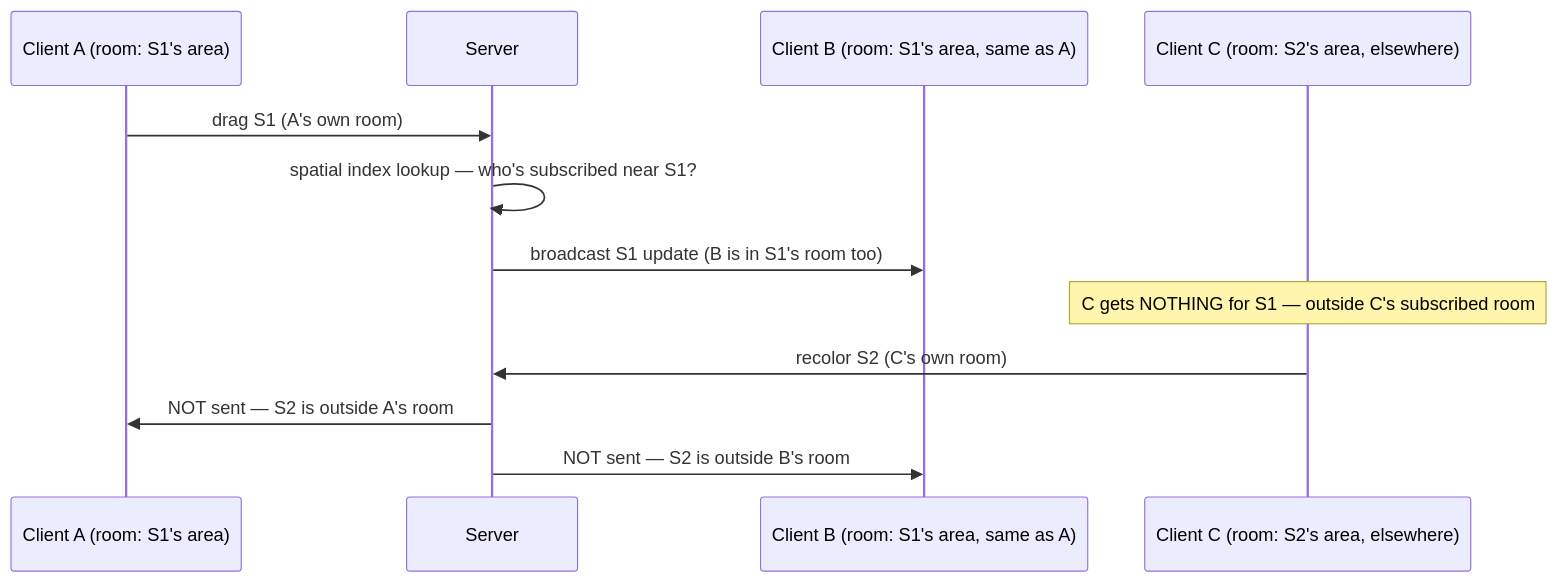
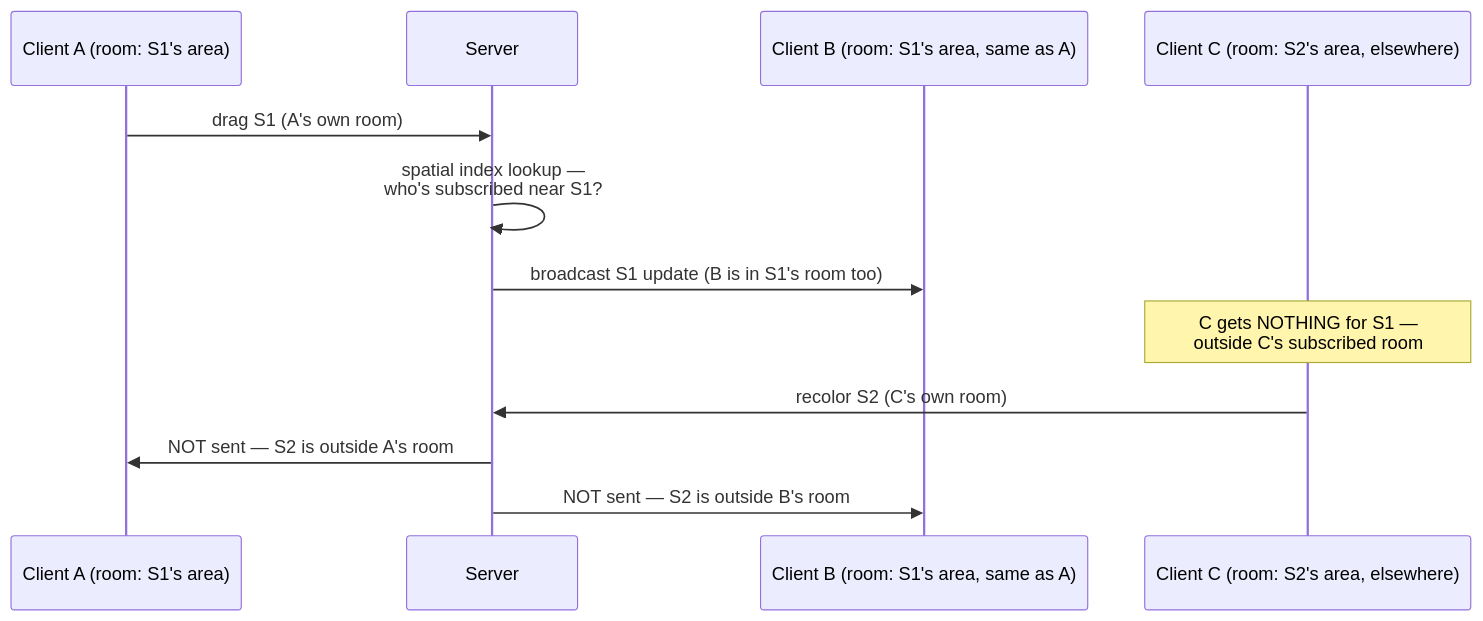
One commit to riyaz-pasha/Learnings changed the third of 14 diagrams in system-design/HLD/0-course/55-Design-a-Real-Time-Collaborative-Canvas-Figma-FAANG-Guide-story.md. Above: the diagram before and after it, drawn with Mermaid. The commit also changed other lines of this file and 1 other file, not shown here.

Commit message:
[REWRITE] Real-Time Collaborative Canvas Figma story guide: simplify prose, add structure, fix diagrams

````diff
--- a/system-design/HLD/0-course/55-Design-a-Real-Time-Collaborative-Canvas-Figma-FAANG-Guide-story.md
+++ b/system-design/HLD/0-course/55-Design-a-Real-Time-Collaborative-Canvas-Figma-FAANG-Guide-story.md
@@ -62,15 +153,15 @@
 ```mermaid
 sequenceDiagram
     participant A as Client A (room: S1's area)
     participant Server
     participant B as Client B (room: S1's area, same as A)
     participant C as Client C (room: S2's area, elsewhere)
 
     A->>Server: drag S1 (A's own room)
-    Server->>Server: spatial index lookup — who's subscribed near S1?
+    Server->>Server: spatial index lookup —<br/>who's subscribed near S1?
     Server->>B: broadcast S1 update (B is in S1's room too)
-    Note over C: C gets NOTHING for S1 — outside C's subscribed room
+    Note over C: C gets NOTHING for S1 —<br/>outside C's subscribed room
     C->>Server: recolor S2 (C's own room)
     Server->>A: NOT sent — S2 is outside A's room
     Server->>B: NOT sent — S2 is outside B's room
 ```
````
